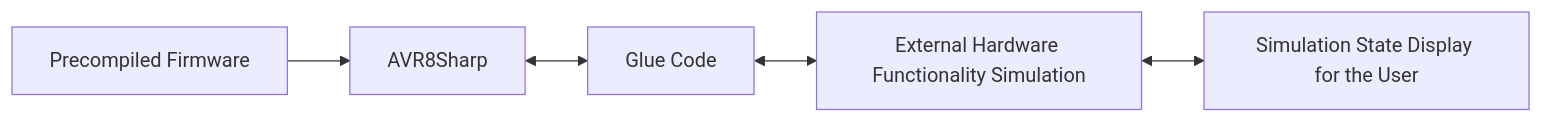
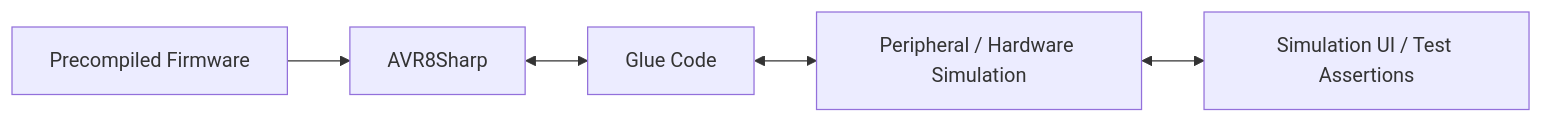
The diagram in README.md (PyMCU/AVR8Sharp), drawn with Mermaid before and after one commit. The commit also changed other lines of this file, not shown here.

````diff
--- a/README.md
+++ b/README.md
@@ -24,7 +11,7 @@
 ```mermaid
 graph LR
     A[Precompiled Firmware] --> B[AVR8Sharp]
     B <--> C[Glue Code]
-    C <--> D[External Hardware Functionality Simulation]
-    D <--> E[Simulation State Display for the User]
+    C <--> D[Peripheral / Hardware Simulation]
+    D <--> E[Simulation UI / Test Assertions]
 ```
````
